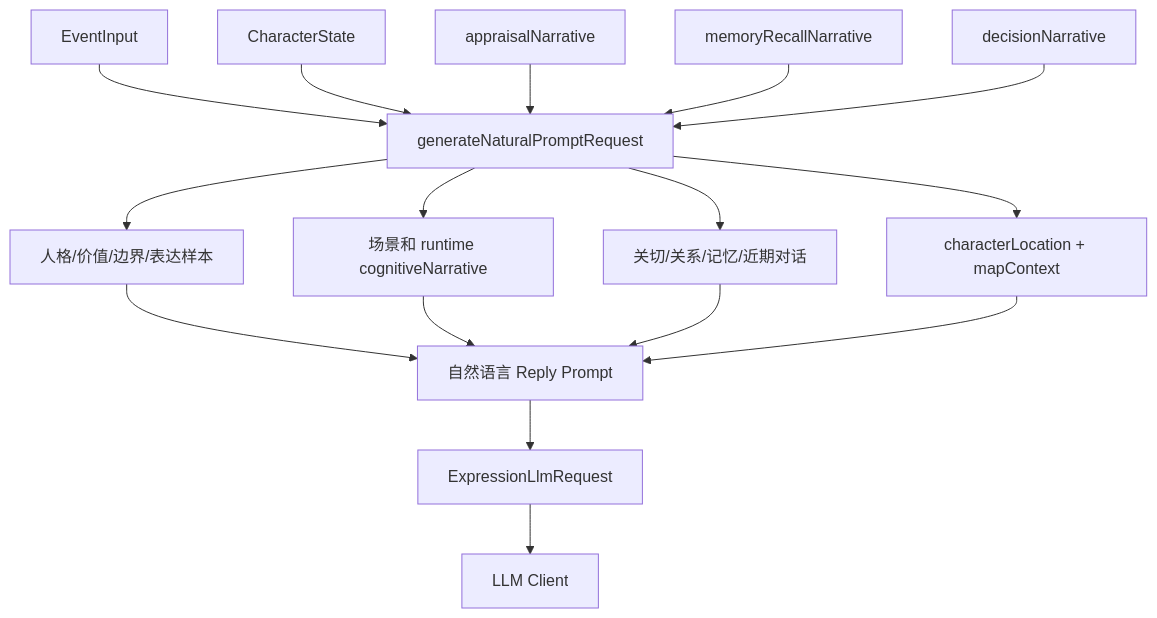
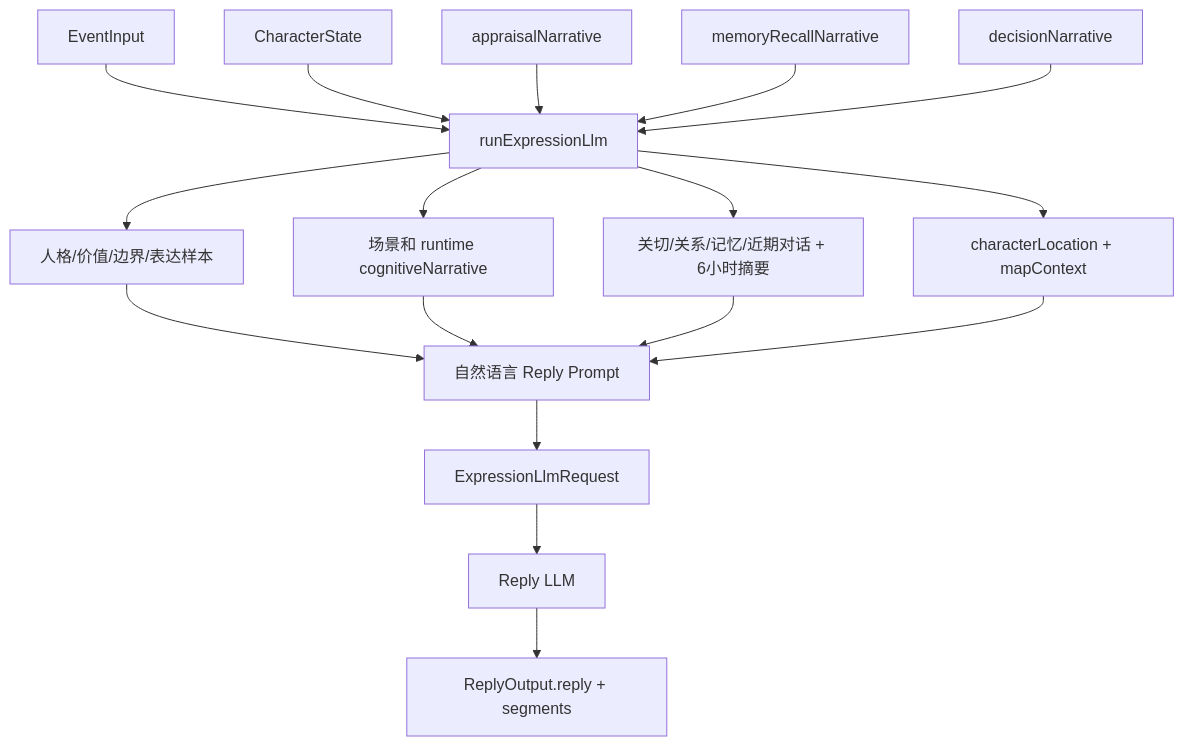
Before and after one commit to ttmanthatman/virtual-human-flow: diagram 19 of 31 in docs/SYSTEM_FLOW.md, drawn with Mermaid. The commit also changed other lines of this file and 23 other files, not shown here.

````diff
--- a/docs/SYSTEM_FLOW.md
+++ b/docs/SYSTEM_FLOW.md
@@ -501,18 +489,19 @@
 ```mermaid
 flowchart TD
-    E["EventInput"] --> PG["generateNaturalPromptRequest"]
-    S["CharacterState"] --> PG
-    A["appraisalNarrative"] --> PG
-    M["memoryRecallNarrative"] --> PG
-    D["decisionNarrative"] --> PG
-    PG --> P1["人格/价值/边界/表达样本"]
-    PG --> P2["场景和 runtime cognitiveNarrative"]
-    PG --> P3["关切/关系/记忆/近期对话"]
-    PG --> P4["characterLocation + mapContext"]
+    E["EventInput"] --> EXPR["runExpressionLlm"]
+    S["CharacterState"] --> EXPR
+    A["appraisalNarrative"] --> EXPR
+    M["memoryRecallNarrative"] --> EXPR
+    D["decisionNarrative"] --> EXPR
+    EXPR --> P1["人格/价值/边界/表达样本"]
+    EXPR --> P2["场景和 runtime cognitiveNarrative"]
+    EXPR --> P3["关切/关系/记忆/近期对话 + 6小时摘要"]
+    EXPR --> P4["characterLocation + mapContext"]
     P1 --> PROMPT["自然语言 Reply Prompt"]
     P2 --> PROMPT
     P3 --> PROMPT
     P4 --> PROMPT
     PROMPT --> REQ["ExpressionLlmRequest"]
-    REQ --> LLM["LLM Client"]
+    REQ --> LLM["Reply LLM"]
+    LLM --> OUT["ReplyOutput.reply + segments"]
 ```
````
